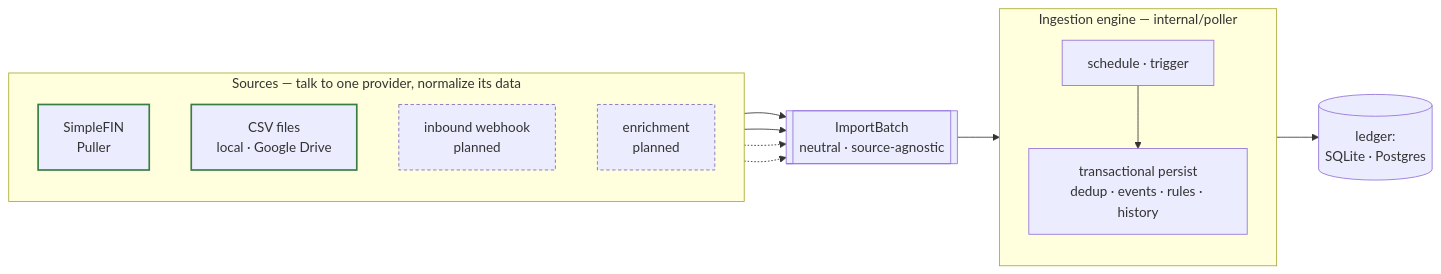
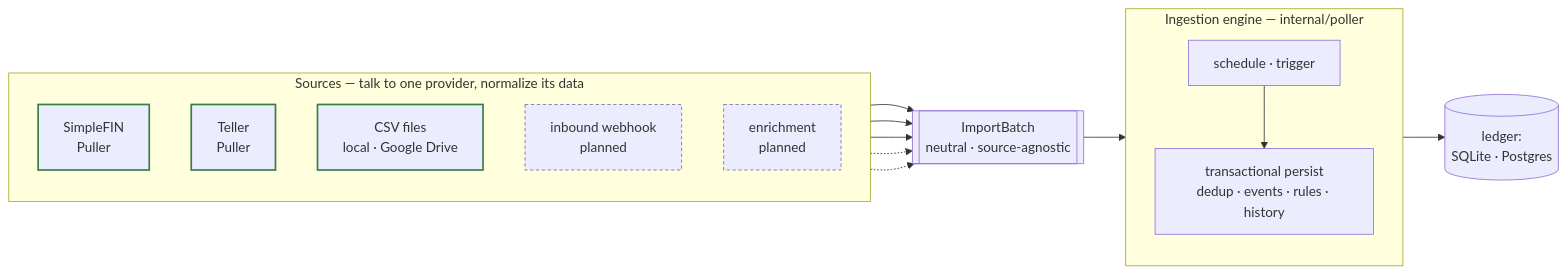
The diagram in docs/architecture/ingestion.md (paulmeier/kasas), drawn with Mermaid before and after one commit. The commit also changed other lines of this file and 21 other files, not shown here.

````diff
--- a/docs/architecture/ingestion.md
+++ b/docs/architecture/ingestion.md
@@ -18,29 +20,31 @@
 ```mermaid
 flowchart LR
     subgraph srcs["Sources — talk to one provider, normalize its data"]
         direction TB
         SF[SimpleFIN<br/>Puller]:::live
+        TL[Teller<br/>Puller]:::live
         CSV[CSV files<br/>local · Google Drive]:::live
         WHK[inbound webhook<br/>planned]:::soon
         ENR[enrichment<br/>planned]:::soon
     end
 
     BATCH[["ImportBatch<br/>neutral · source-agnostic"]]
 
     subgraph eng["Ingestion engine — internal/poller"]
         direction TB
         SCHED[schedule · trigger]
         PERSIST["transactional persist<br/>dedup · events · rules · history"]
         SCHED --> PERSIST
     end
 
     SF --> BATCH
+    TL --> BATCH
     CSV --> BATCH
     WHK -.-> BATCH
     ENR -.-> BATCH
     BATCH --> eng
     eng --> DB[(ledger:<br/>SQLite · Postgres)]
 
     classDef live stroke:#3a7d44,stroke-width:2px;
     classDef soon stroke:#7a68b8,stroke-width:1px,stroke-dasharray:4 3;
 ```
````
